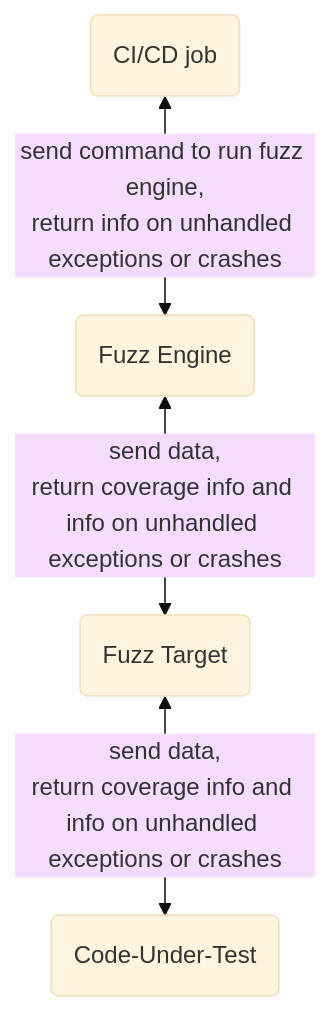
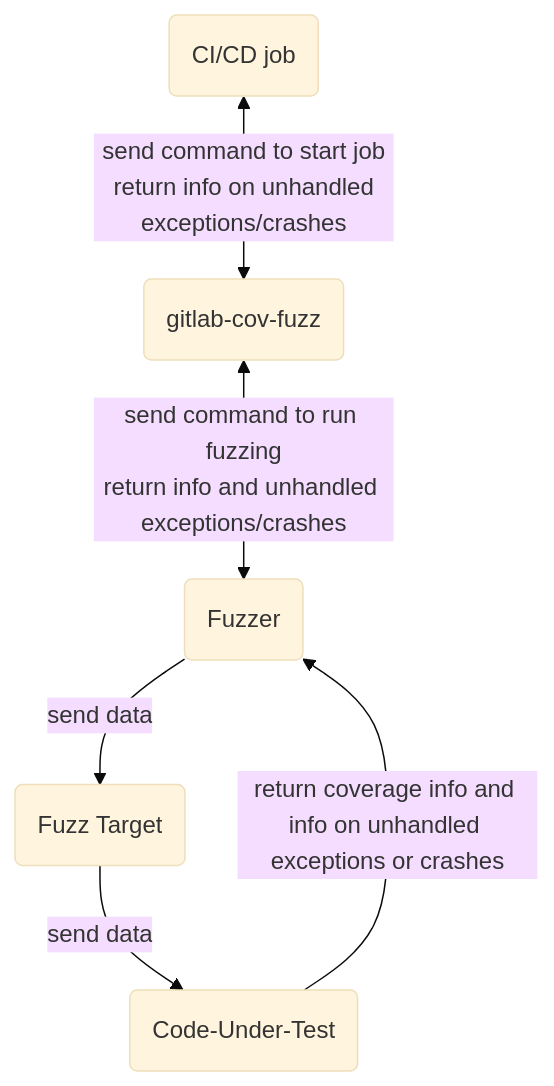
Before and after one commit to secretstartups/handbook: the diagram in customer-success/professional-services-engineering/education-services/secessentialshandson5.html.md, drawn with Mermaid (base theme). The commit also changed other lines of this file, not shown here.

````diff
--- a/customer-success/professional-services-engineering/education-services/secessentialshandson5.html.md
+++ b/customer-success/professional-services-engineering/education-services/secessentialshandson5.html.md
@@ -30,6 +30,8 @@
 ```mermaid
 flowchart TD
-    A(CI/CD job) <-- send command to run fuzz engine,<br/>return info on unhandled exceptions or crashes --> B(Fuzz Engine) 
-    B <-- send data,<br/>return coverage info and info on unhandled exceptions or crashes --> C(Fuzz Target) 
-    C <-- send data,<br/>return coverage info and info on unhandled exceptions or crashes --> D(Code-Under-Test)
+    A(CI/CD job) <--send command to start job<br> return info on unhandled exceptions/crashes--> B(gitlab-cov-fuzz)
+    B <-- send command to run fuzzing<br>return info and unhandled exceptions/crashes --> C(Fuzzer) 
+    C -- send data--> D(Fuzz Target) 
+    D -- send data--> E(Code-Under-Test)
+    E -- return coverage info and info on unhandled exceptions or crashes --> C
 ```
````
